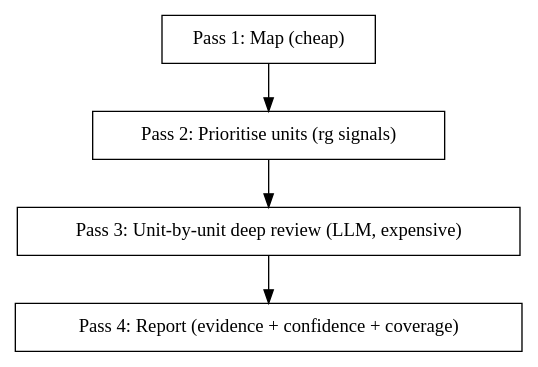
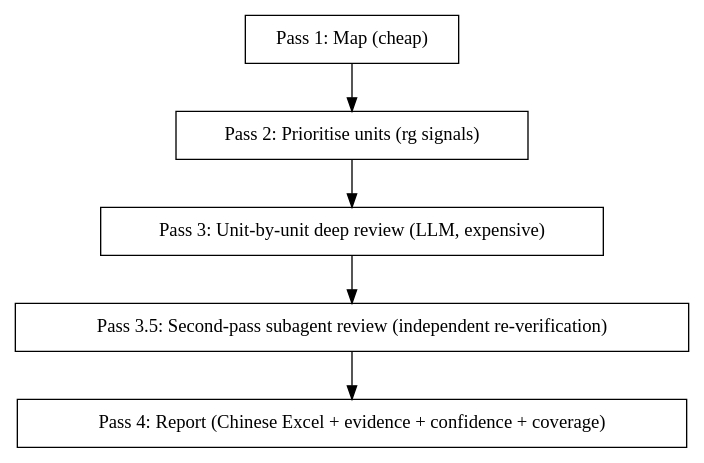
The diagram in skills/mdc-bug-patterns/SKILL.md (hujianbest/skills-in-one), drawn with Graphviz before and after one commit. The commit also changed other lines of this file and 2 other files, not shown here.

First line of the commit message:
mdc-bug-patterns: surface Pass 3.5 + 文件/行号 columns in Excel

````diff
--- a/skills/mdc-bug-patterns/SKILL.md
+++ b/skills/mdc-bug-patterns/SKILL.md
@@ -46,12 +46,14 @@
 ```dot
 digraph workflow {
     "Pass 1: Map (cheap)" [shape=box];
     "Pass 2: Prioritise units (rg signals)" [shape=box];
     "Pass 3: Unit-by-unit deep review (LLM, expensive)" [shape=box];
-    "Pass 4: Report (evidence + confidence + coverage)" [shape=box];
+    "Pass 3.5: Second-pass subagent review (independent re-verification)" [shape=box];
+    "Pass 4: Report (Chinese Excel + evidence + confidence + coverage)" [shape=box];
 
     "Pass 1: Map (cheap)" -> "Pass 2: Prioritise units (rg signals)";
     "Pass 2: Prioritise units (rg signals)" -> "Pass 3: Unit-by-unit deep review (LLM, expensive)";
-    "Pass 3: Unit-by-unit deep review (LLM, expensive)" -> "Pass 4: Report (evidence + confidence + coverage)";
+    "Pass 3: Unit-by-unit deep review (LLM, expensive)" -> "Pass 3.5: Second-pass subagent review (independent re-verification)";
+    "Pass 3.5: Second-pass subagent review (independent re-verification)" -> "Pass 4: Report (Chinese Excel + evidence + confidence + coverage)";
 }
 ```
````
